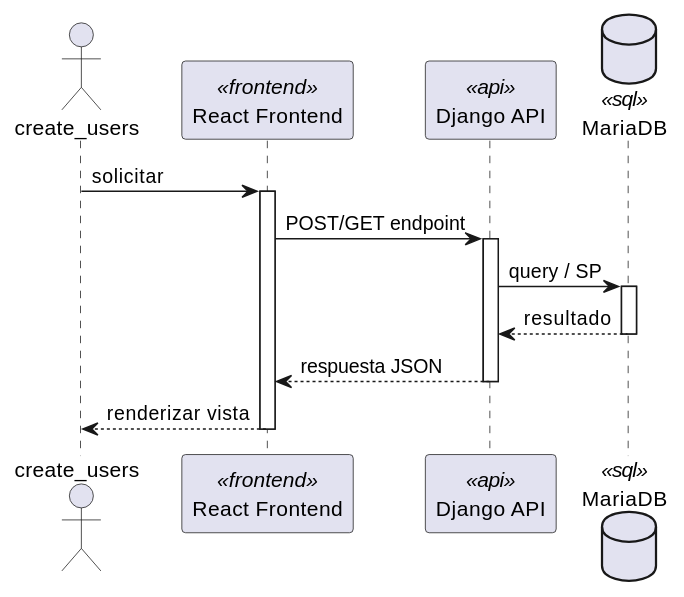
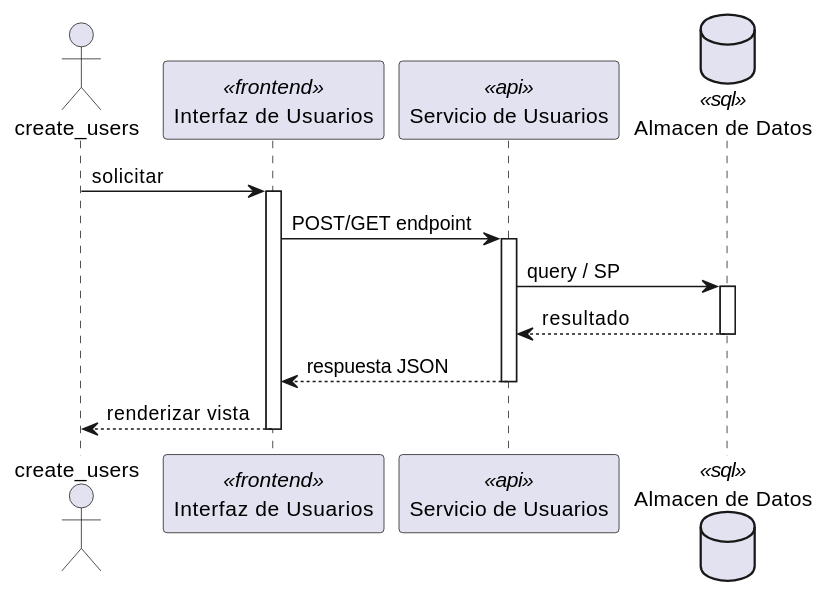
One commit to jcg-admin/IACT-docs changed the first of 2 diagrams in source/arquitectura-tecnica/DesignView/usr-01.rst. Above: the diagram before and after it, drawn with PlantUML. The commit also changed other lines of this file and 243 other files, not shown here.

First line of the commit message:
Add missing diagrams and fix participant names across Kruchten views

```diff
--- a/source/arquitectura-tecnica/DesignView/usr-01.rst
+++ b/source/arquitectura-tecnica/DesignView/usr-01.rst
@@ -22,28 +22,28 @@
 .. uml::
  :caption: UC_USR_01 — Design View (secuencia)
 
  @startuml
 
  actor "create_users" as create_users
- participant "React Frontend" as Frontend <<frontend>>
- participant "Django API" as APIServer <<api>>
- database "MariaDB" as BaseDatos <<sql>>
+ participant "Interfaz de Usuarios" as Iface <<frontend>>
+ participant "Servicio de Usuarios" as SvcNode <<api>>
+ database "Almacen de Datos" as Store <<sql>>
 
- create_users -> Frontend : solicitar
- activate Frontend
+ create_users -> Iface : solicitar
+ activate Iface
 
- Frontend -> APIServer : POST/GET endpoint
- activate APIServer
+ Iface -> SvcNode : POST/GET endpoint
+ activate SvcNode
 
- APIServer -> BaseDatos : query / SP
- activate BaseDatos
- BaseDatos --> APIServer : resultado
- deactivate BaseDatos
+ SvcNode -> Store : query / SP
+ activate Store
+ Store --> SvcNode : resultado
+ deactivate Store
 
- APIServer --> Frontend : respuesta JSON
- deactivate APIServer
+ SvcNode --> Iface : respuesta JSON
+ deactivate SvcNode
 
- Frontend --> create_users : renderizar vista
- deactivate Frontend
+ Iface --> create_users : renderizar vista
+ deactivate Iface
 
  @enduml
```
